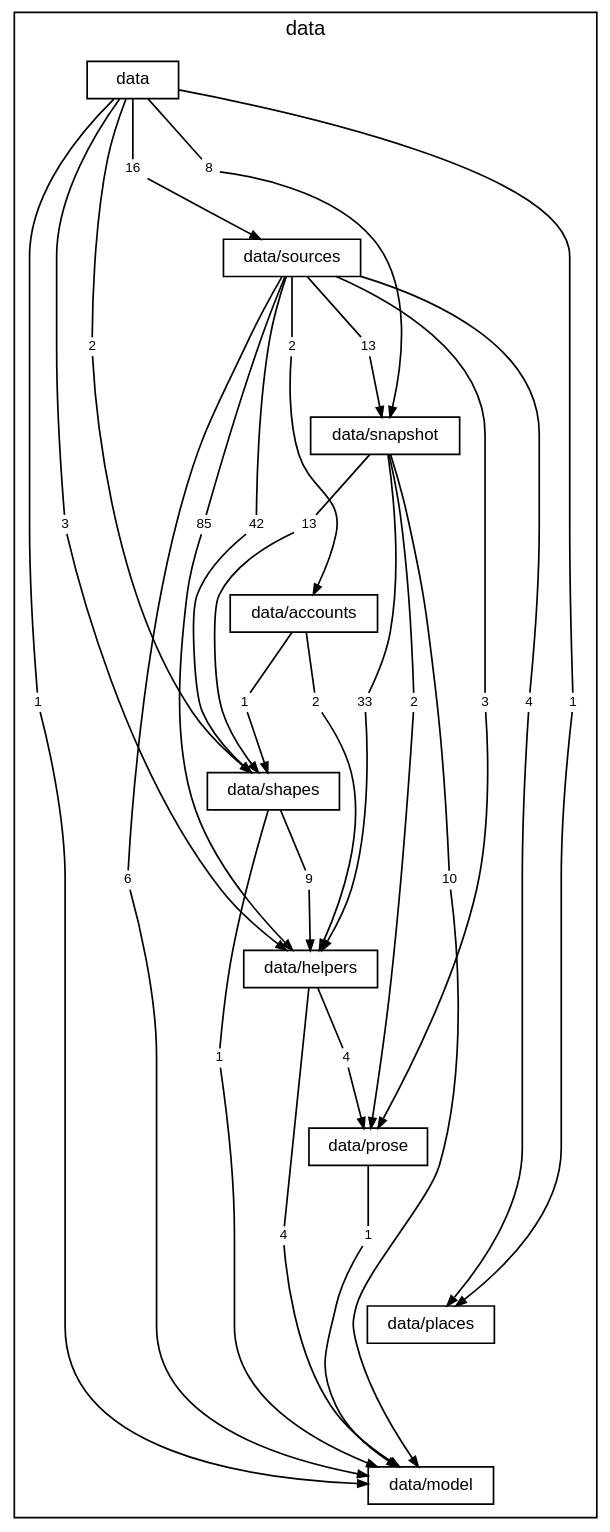
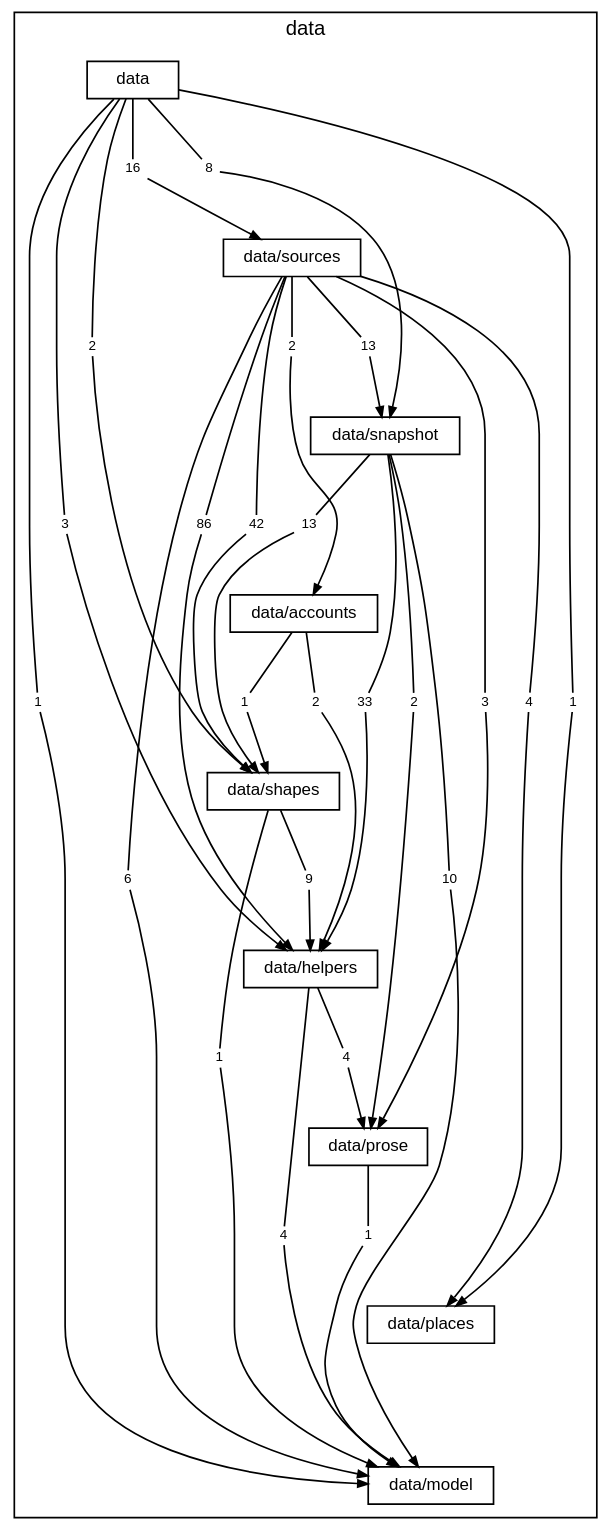
The diagram in docs/diagrams/layer-data.dot (TheAxeC/oculus), drawn with Graphviz before and after one commit. The commit also changed 233 other files, not shown here.

```diff
--- a/docs/diagrams/layer-data.dot
+++ b/docs/diagrams/layer-data.dot
@@ -1,97 +1,97 @@
 digraph layer_data {
     graph [bgcolor="transparent", rankdir=TB, newrank=true, mclimit=4, fontname="Helvetica", fontsize=12, nodesep=0.2, ranksep=0.5];
     node [shape=box, color="black", fontcolor="black", fontname="Helvetica", fontsize=10, height=0.3, margin="0.12,0.04"];
     edge [color="black", fontcolor="black", fontname="Helvetica", fontsize=8, arrowsize=0.6];
     subgraph "cluster_data" {
         label="data"; style=solid;
         "folder data" [label="data"];
         "folder data/sources" [label="data/sources"];
         "folder data/snapshot" [label="data/snapshot"];
         "folder data/accounts" [label="data/accounts"];
         "folder data/shapes" [label="data/shapes"];
         "folder data/helpers" [label="data/helpers"];
         "folder data/prose" [label="data/prose"];
         "folder data/places" [label="data/places"];
         "folder data/model" [label="data/model"];
         "folder data to folder data/helpers" [label="3", shape=box, color="transparent", fontsize=8, width=0, height=0, margin="0.04,0.02"];
         "folder data to folder data/model" [label="1", shape=box, color="transparent", fontsize=8, width=0, height=0, margin="0.04,0.02"];
         "folder data to folder data/places" [label="1", shape=box, color="transparent", fontsize=8, width=0, height=0, margin="0.04,0.02"];
         "folder data to folder data/shapes" [label="2", shape=box, color="transparent", fontsize=8, width=0, height=0, margin="0.04,0.02"];
         "folder data to folder data/snapshot" [label="8", shape=box, color="transparent", fontsize=8, width=0, height=0, margin="0.04,0.02"];
         "folder data to folder data/sources" [label="16", shape=box, color="transparent", fontsize=8, width=0, height=0, margin="0.04,0.02"];
         "folder data/sources to folder data/accounts" [label="2", shape=box, color="transparent", fontsize=8, width=0, height=0, margin="0.04,0.02"];
-        "folder data/sources to folder data/helpers" [label="85", shape=box, color="transparent", fontsize=8, width=0, height=0, margin="0.04,0.02"];
+        "folder data/sources to folder data/helpers" [label="86", shape=box, color="transparent", fontsize=8, width=0, height=0, margin="0.04,0.02"];
         "folder data/sources to folder data/model" [label="6", shape=box, color="transparent", fontsize=8, width=0, height=0, margin="0.04,0.02"];
         "folder data/sources to folder data/places" [label="4", shape=box, color="transparent", fontsize=8, width=0, height=0, margin="0.04,0.02"];
         "folder data/sources to folder data/prose" [label="3", shape=box, color="transparent", fontsize=8, width=0, height=0, margin="0.04,0.02"];
         "folder data/sources to folder data/shapes" [label="42", shape=box, color="transparent", fontsize=8, width=0, height=0, margin="0.04,0.02"];
         "folder data/sources to folder data/snapshot" [label="13", shape=box, color="transparent", fontsize=8, width=0, height=0, margin="0.04,0.02"];
         "folder data/snapshot to folder data/helpers" [label="33", shape=box, color="transparent", fontsize=8, width=0, height=0, margin="0.04,0.02"];
         "folder data/snapshot to folder data/model" [label="10", shape=box, color="transparent", fontsize=8, width=0, height=0, margin="0.04,0.02"];
         "folder data/snapshot to folder data/prose" [label="2", shape=box, color="transparent", fontsize=8, width=0, height=0, margin="0.04,0.02"];
         "folder data/snapshot to folder data/shapes" [label="13", shape=box, color="transparent", fontsize=8, width=0, height=0, margin="0.04,0.02"];
         "folder data/accounts to folder data/helpers" [label="2", shape=box, color="transparent", fontsize=8, width=0, height=0, margin="0.04,0.02"];
         "folder data/accounts to folder data/shapes" [label="1", shape=box, color="transparent", fontsize=8, width=0, height=0, margin="0.04,0.02"];
         "folder data/shapes to folder data/helpers" [label="9", shape=box, color="transparent", fontsize=8, width=0, height=0, margin="0.04,0.02"];
         "folder data/shapes to folder data/model" [label="1", shape=box, color="transparent", fontsize=8, width=0, height=0, margin="0.04,0.02"];
         "folder data/helpers to folder data/model" [label="4", shape=box, color="transparent", fontsize=8, width=0, height=0, margin="0.04,0.02"];
         "folder data/helpers to folder data/prose" [label="4", shape=box, color="transparent", fontsize=8, width=0, height=0, margin="0.04,0.02"];
         "folder data/prose to folder data/model" [label="1", shape=box, color="transparent", fontsize=8, width=0, height=0, margin="0.04,0.02"];
     }
     "folder data" -> "folder data/sources" [style=invis, weight=10, minlen=2];
     "folder data/sources" -> "folder data/snapshot" [style=invis, weight=10, minlen=2];
     "folder data/snapshot" -> "folder data/accounts" [style=invis, weight=10, minlen=2];
     "folder data/accounts" -> "folder data/shapes" [style=invis, weight=10, minlen=2];
     "folder data/shapes" -> "folder data/helpers" [style=invis, weight=10, minlen=2];
     "folder data/helpers" -> "folder data/prose" [style=invis, weight=10, minlen=2];
     "folder data/prose" -> "folder data/places" [style=invis, weight=10, minlen=2];
     "folder data/places" -> "folder data/model" [style=invis, weight=10, minlen=2];
     "folder data" -> "folder data to folder data/helpers" [arrowhead=none, minlen=5, weight=10];
     "folder data to folder data/helpers" -> "folder data/helpers" [];
     "folder data" -> "folder data to folder data/model" [arrowhead=none, minlen=7, weight=10];
     "folder data to folder data/model" -> "folder data/model" [];
     "folder data" -> "folder data to folder data/places" [arrowhead=none, minlen=7, weight=10];
     "folder data to folder data/places" -> "folder data/places" [];
     "folder data" -> "folder data to folder data/shapes" [arrowhead=none, minlen=3, weight=10];
     "folder data to folder data/shapes" -> "folder data/shapes" [];
     "folder data" -> "folder data to folder data/snapshot" [arrowhead=none, minlen=1, weight=10];
     "folder data to folder data/snapshot" -> "folder data/snapshot" [];
     "folder data" -> "folder data to folder data/sources" [arrowhead=none, minlen=1, weight=10];
     "folder data to folder data/sources" -> "folder data/sources" [];
     "folder data/sources" -> "folder data/sources to folder data/accounts" [arrowhead=none, minlen=1, weight=10];
     "folder data/sources to folder data/accounts" -> "folder data/accounts" [];
     "folder data/sources" -> "folder data/sources to folder data/helpers" [arrowhead=none, minlen=3, weight=10];
     "folder data/sources to folder data/helpers" -> "folder data/helpers" [];
     "folder data/sources" -> "folder data/sources to folder data/model" [arrowhead=none, minlen=7, weight=10];
     "folder data/sources to folder data/model" -> "folder data/model" [];
     "folder data/sources" -> "folder data/sources to folder data/places" [arrowhead=none, minlen=5, weight=10];
     "folder data/sources to folder data/places" -> "folder data/places" [];
     "folder data/sources" -> "folder data/sources to folder data/prose" [arrowhead=none, minlen=5, weight=10];
     "folder data/sources to folder data/prose" -> "folder data/prose" [];
     "folder data/sources" -> "folder data/sources to folder data/shapes" [arrowhead=none, minlen=3, weight=10];
     "folder data/sources to folder data/shapes" -> "folder data/shapes" [];
     "folder data/sources" -> "folder data/sources to folder data/snapshot" [arrowhead=none, minlen=1, weight=10];
     "folder data/sources to folder data/snapshot" -> "folder data/snapshot" [];
     "folder data/snapshot" -> "folder data/snapshot to folder data/helpers" [arrowhead=none, minlen=3, weight=10];
     "folder data/snapshot to folder data/helpers" -> "folder data/helpers" [];
     "folder data/snapshot" -> "folder data/snapshot to folder data/model" [arrowhead=none, minlen=5, weight=10];
     "folder data/snapshot to folder data/model" -> "folder data/model" [];
     "folder data/snapshot" -> "folder data/snapshot to folder data/prose" [arrowhead=none, minlen=3, weight=10];
     "folder data/snapshot to folder data/prose" -> "folder data/prose" [];
     "folder data/snapshot" -> "folder data/snapshot to folder data/shapes" [arrowhead=none, minlen=1, weight=10];
     "folder data/snapshot to folder data/shapes" -> "folder data/shapes" [];
     "folder data/accounts" -> "folder data/accounts to folder data/helpers" [arrowhead=none, minlen=1, weight=10];
     "folder data/accounts to folder data/helpers" -> "folder data/helpers" [];
     "folder data/accounts" -> "folder data/accounts to folder data/shapes" [arrowhead=none, minlen=1, weight=10];
     "folder data/accounts to folder data/shapes" -> "folder data/shapes" [];
     "folder data/shapes" -> "folder data/shapes to folder data/helpers" [arrowhead=none, minlen=1, weight=10];
     "folder data/shapes to folder data/helpers" -> "folder data/helpers" [];
     "folder data/shapes" -> "folder data/shapes to folder data/model" [arrowhead=none, minlen=3, weight=10];
     "folder data/shapes to folder data/model" -> "folder data/model" [];
     "folder data/helpers" -> "folder data/helpers to folder data/model" [arrowhead=none, minlen=3, weight=10];
     "folder data/helpers to folder data/model" -> "folder data/model" [];
     "folder data/helpers" -> "folder data/helpers to folder data/prose" [arrowhead=none, minlen=1, weight=10];
     "folder data/helpers to folder data/prose" -> "folder data/prose" [];
     "folder data/prose" -> "folder data/prose to folder data/model" [arrowhead=none, minlen=1, weight=10];
     "folder data/prose to folder data/model" -> "folder data/model" [];
 }
```
